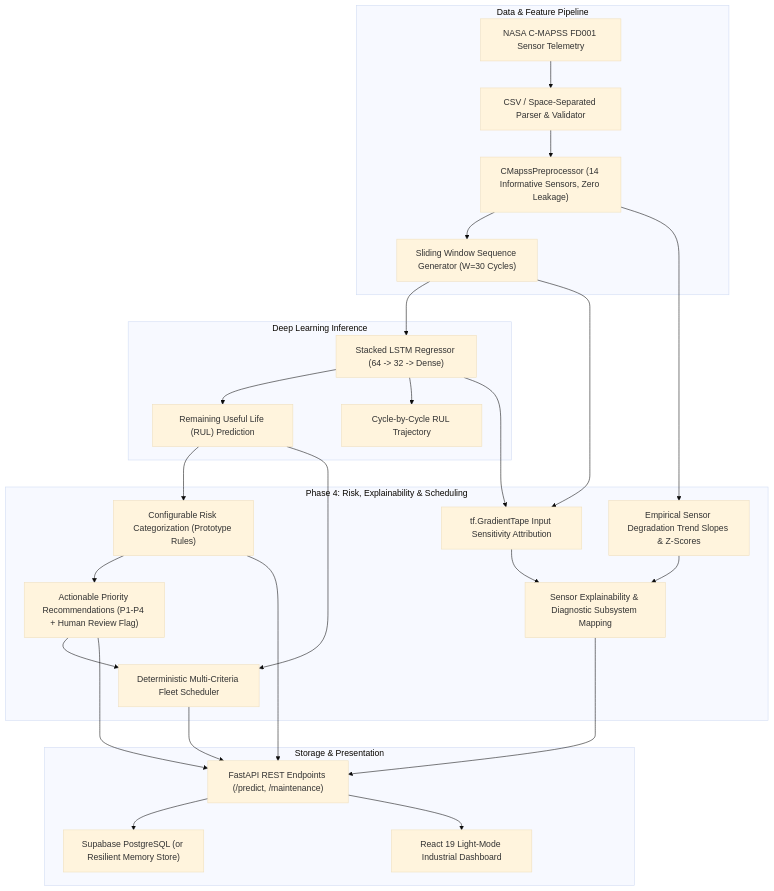
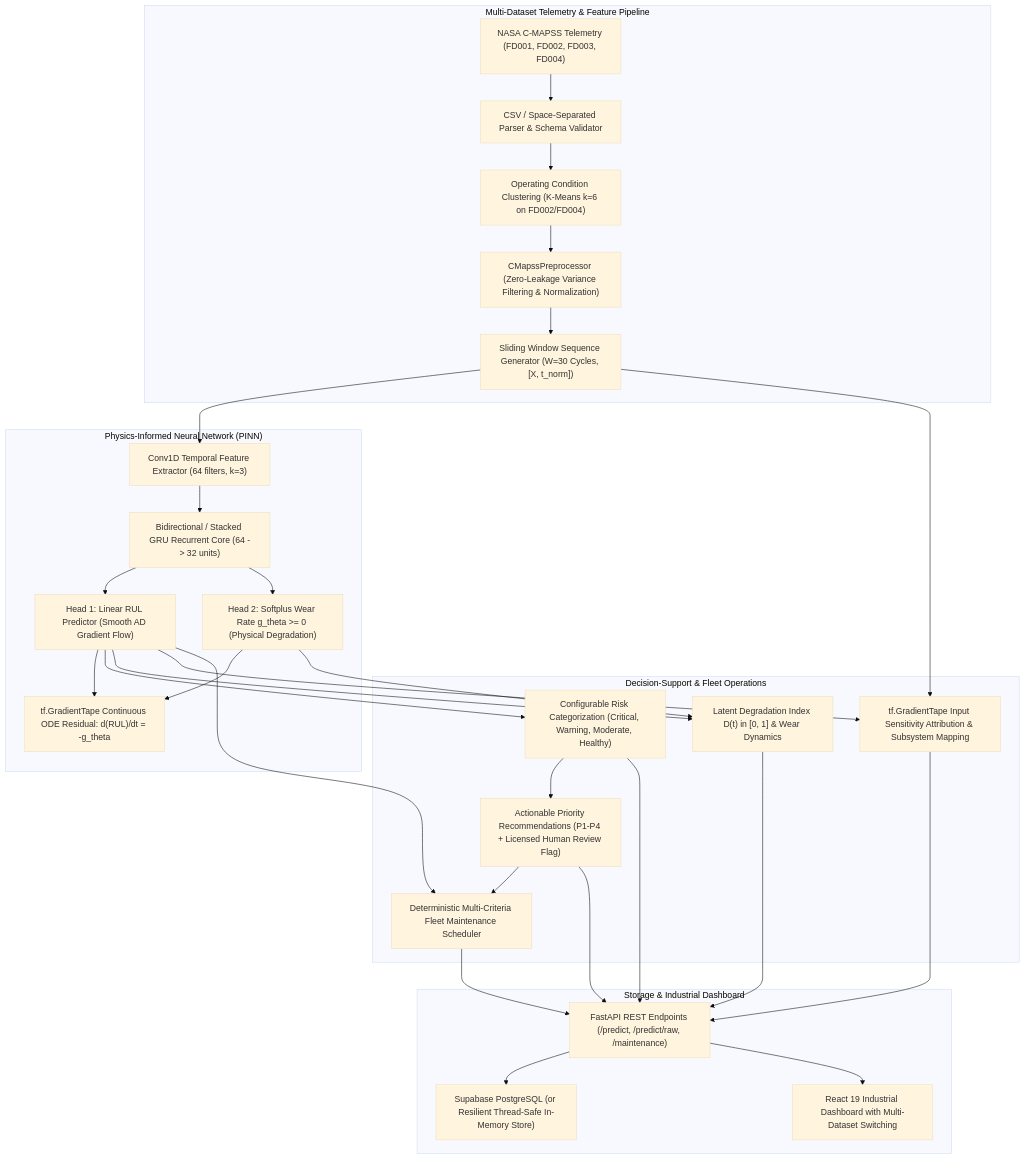
One commit to SukshamRaina/Sem-5-mdc-project changed the diagram in README.md. Above: the diagram before and after it, drawn with Mermaid (base theme). The commit also changed other lines of this file and 3 other files, not shown here.

Commit message:
feat: replace LSTM with physics-informed RUL model for FD001-FD004

````diff
--- a/README.md
+++ b/README.md
@@ -17,29 +17,31 @@
 ```mermaid
 graph TD
-    subgraph pipeline ["Data & Feature Pipeline"]
-        A["NASA C-MAPSS FD001 Sensor Telemetry"] --> B["CSV / Space-Separated Parser & Validator"]
-        B --> C["CMapssPreprocessor (14 Informative Sensors, Zero Leakage)"]
-        C --> D["Sliding Window Sequence Generator (W=30 Cycles)"]
+    subgraph pipeline ["Multi-Dataset Telemetry & Feature Pipeline"]
+        A["NASA C-MAPSS Telemetry (FD001, FD002, FD003, FD004)"] --> B["CSV / Space-Separated Parser & Schema Validator"]
+        B --> C["Operating Condition Clustering (K-Means k=6 on FD002/FD004)"]
+        C --> D["CMapssPreprocessor (Zero-Leakage Variance Filtering & Normalization)"]
+        D --> E["Sliding Window Sequence Generator (W=30 Cycles, [X, t_norm])"]
     end
 
-    subgraph inference ["Deep Learning Inference"]
-        D --> E["Stacked LSTM Regressor (64 -> 32 -> Dense)"]
-        E --> F["Remaining Useful Life (RUL) Prediction"]
-        E --> G["Cycle-by-Cycle RUL Trajectory"]
+    subgraph inference ["Physics-Informed Neural Network (PINN)"]
+        E --> F["Conv1D Temporal Feature Extractor (64 filters, k=3)"]
+        F --> G["Bidirectional / Stacked GRU Recurrent Core (64 -> 32 units)"]
+        G --> H["Head 1: Linear RUL Predictor (Smooth AD Gradient Flow)"]
+        G --> I["Head 2: Softplus Wear Rate g_theta >= 0 (Physical Degradation)"]
+        H & I --> J["tf.GradientTape Continuous ODE Residual: d(RUL)/dt = -g_theta"]
     end
 
-    subgraph decision ["Phase 4: Risk, Explainability & Scheduling"]
-        F --> H["Configurable Risk Categorization (Prototype Rules)"]
-        H --> I["Actionable Priority Recommendations (P1-P4 + Human Review Flag)"]
-        D & E --> J["tf.GradientTape Input Sensitivity Attribution"]
-        C --> K["Empirical Sensor Degradation Trend Slopes & Z-Scores"]
-        J & K --> L["Sensor Explainability & Diagnostic Subsystem Mapping"]
-        I & F --> M["Deterministic Multi-Criteria Fleet Scheduler"]
+    subgraph decision ["Decision-Support & Fleet Operations"]
+        H --> K["Configurable Risk Categorization (Critical, Warning, Moderate, Healthy)"]
+        H & I --> L["Latent Degradation Index D(t) in [0, 1] & Wear Dynamics"]
+        K --> M["Actionable Priority Recommendations (P1-P4 + Licensed Human Review Flag)"]
+        E & H --> N["tf.GradientTape Input Sensitivity Attribution & Subsystem Mapping"]
+        M & H --> O["Deterministic Multi-Criteria Fleet Maintenance Scheduler"]
     end
 
-    subgraph presentation ["Storage & Presentation"]
-        H & I & L & M --> N["FastAPI REST Endpoints (/predict, /maintenance)"]
-        N --> O["Supabase PostgreSQL (or Resilient Memory Store)"]
-        N --> P["React 19 Light-Mode Industrial Dashboard"]
+    subgraph presentation ["Storage & Industrial Dashboard"]
+        K & L & M & N & O --> P["FastAPI REST Endpoints (/predict, /predict/raw, /maintenance)"]
+        P --> Q["Supabase PostgreSQL (or Resilient Thread-Safe In-Memory Store)"]
+        P --> R["React 19 Industrial Dashboard with Multi-Dataset Switching"]
     end
 ```
````
